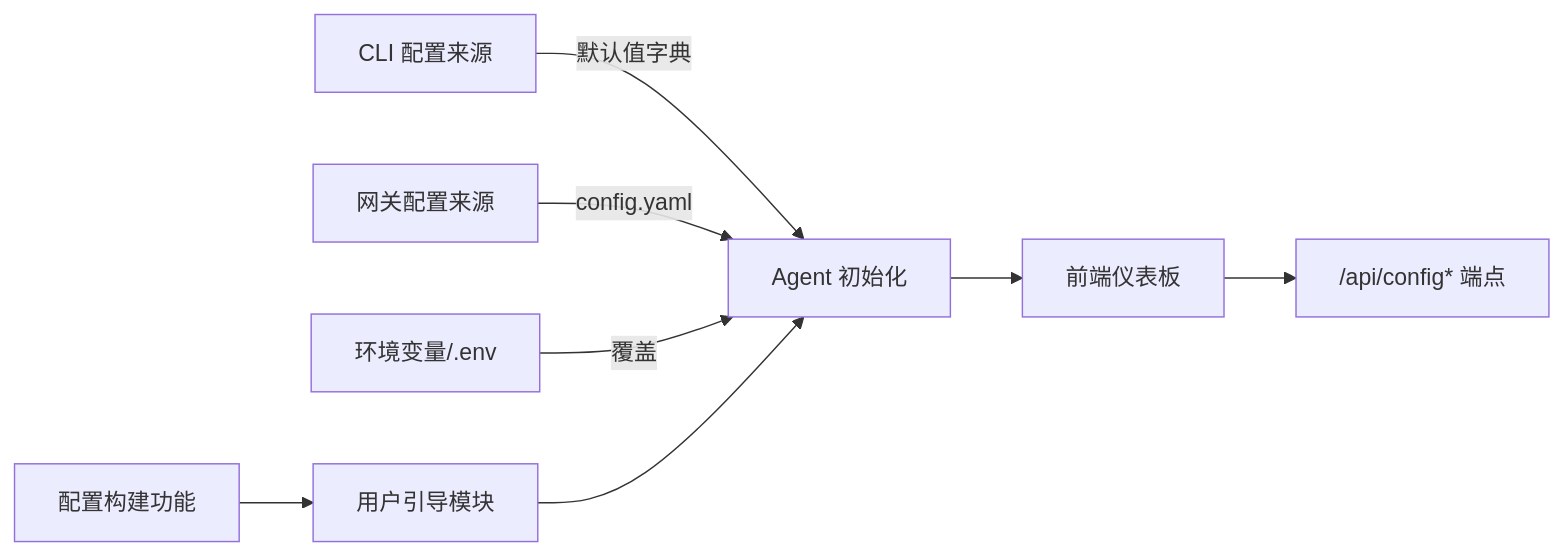
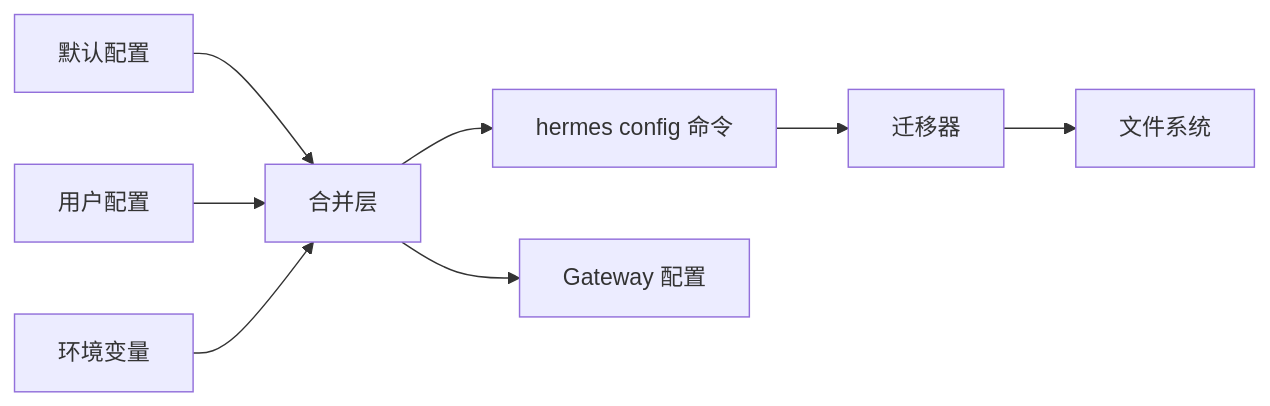
The third of 3 diagrams in .qoder/repowiki/zh/content/命令行界面/配置管理.md (haolange/hermes-agent), drawn with Mermaid before and after one commit. The commit also changed other lines of this file and 1206 other files, not shown here.

````diff
--- a/.qoder/repowiki/zh/content/命令行界面/配置管理.md
+++ b/.qoder/repowiki/zh/content/命令行界面/配置管理.md
@@ -352,10 +240,10 @@
 ```mermaid
 graph LR
-CLI["CLI 配置来源"] --> |默认值字典| Agent["Agent 初始化"]
-GW["网关配置来源"] --> |config.yaml| Agent
-Env["环境变量/.env"] --> |覆盖| Agent
-Agent --> FE["前端仪表板"]
-FE --> API["/api/config* 端点"]
-Onboarding["用户引导模块"] --> Agent
-ProfileBuild["配置构建功能"] --> Onboarding
+DEF["默认配置"] --> MERGE["合并层"]
+USER["用户配置"] --> MERGE
+ENV["环境变量"] --> MERGE
+MERGE --> CLI["hermes config 命令"]
+MERGE --> GW["Gateway 配置"]
+CLI --> MIG["迁移器"]
+MIG --> FS["文件系统"]
 ```
````
